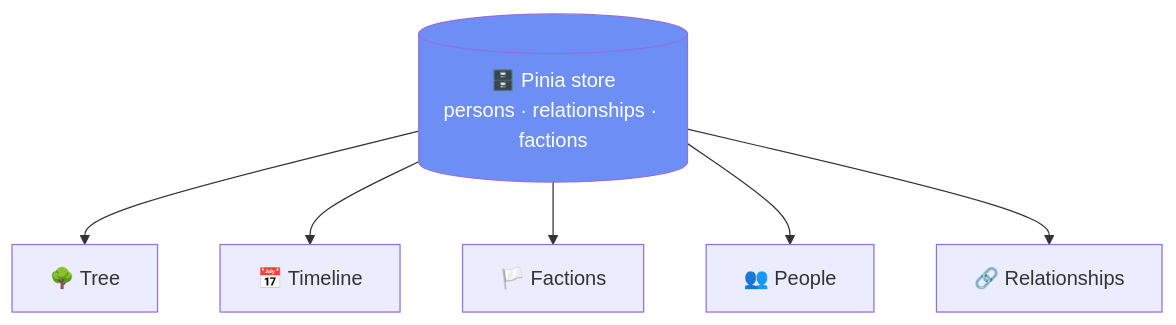
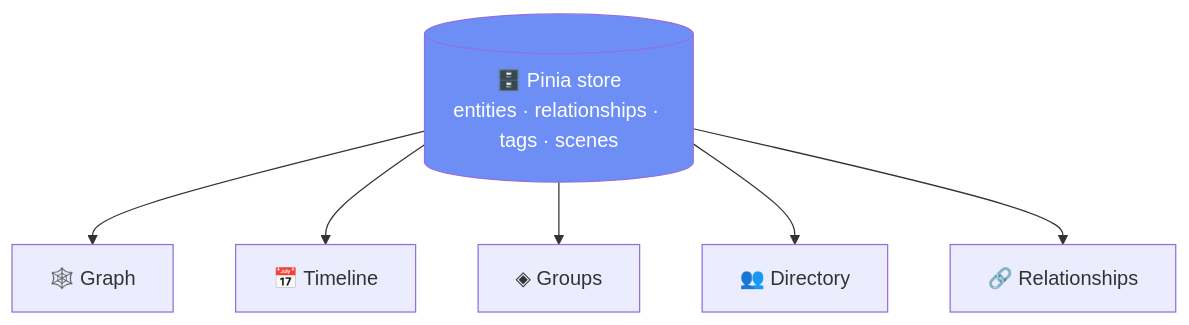
Before and after one commit to TommyChan6/ModernFamilyTree: the third of 11 diagrams in docs/client-structure.md, drawn with Mermaid. The commit also changed other lines of this file and 7 other files, not shown here.

````diff
--- a/docs/client-structure.md
+++ b/docs/client-structure.md
@@ -90,11 +97,10 @@
 ```mermaid
 flowchart TD
-    Store[("🗄️ Pinia store<br/>persons · relationships · factions")]
-    Store --> Tree["🌳 Tree"]
+    Store[("🗄️ Pinia store<br/>entities · relationships · tags · scenes")]
+    Store --> Graph["🕸️ Graph"]
     Store --> Timeline["📅 Timeline"]
-    Store --> Factions["🏳️ Factions"]
-    Store --> People["👥 People"]
+    Store --> Groups["◈ Groups"]
+    Store --> Directory["👥 Directory"]
     Store --> Rels["🔗 Relationships"]
-
     style Store fill:#6c8ef5,color:#fff
 ```
````
